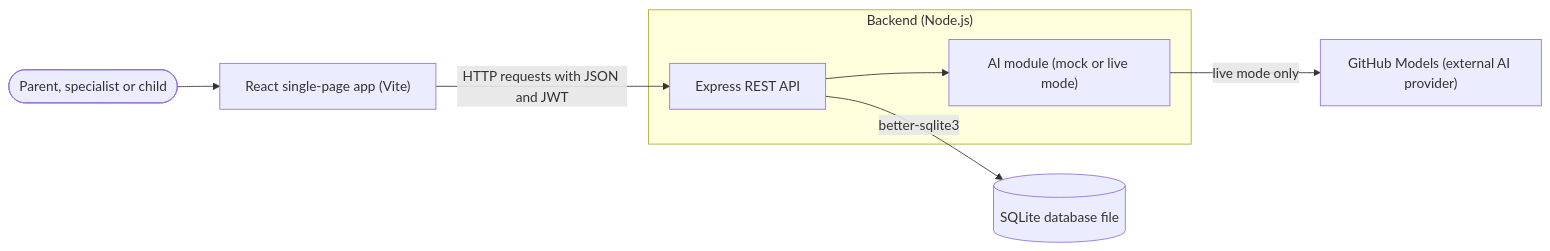
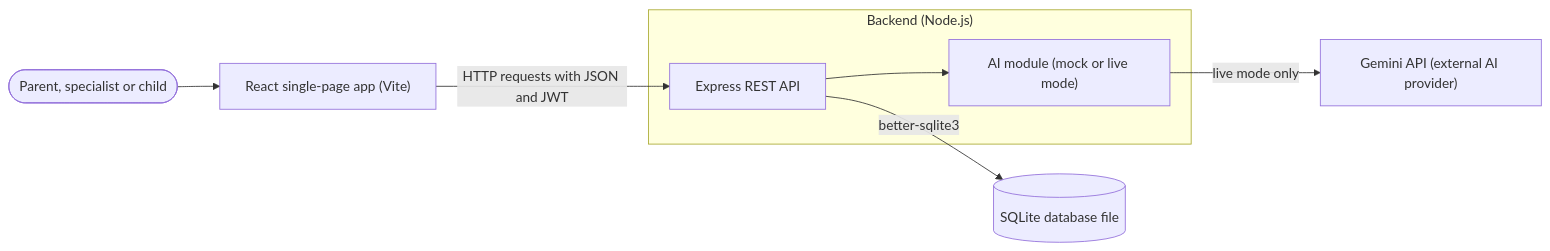
One commit to seng383/seng383-team-project changed the first of 5 diagrams in docs/SDD.md. Above: the diagram before and after it, drawn with Mermaid. The commit also changed other lines of this file, not shown here.

Commit message:
TF383-31 Change the AI provider to the Gemini API in the design document

````diff
--- a/docs/SDD.md
+++ b/docs/SDD.md
@@ -13,12 +13,12 @@
 ```mermaid
 flowchart LR
     subgraph Server["Backend (Node.js)"]
         API["Express REST API"]
         AI["AI module (mock or live mode)"]
     end
     User(["Parent, specialist or child"]) --> SPA["React single-page app (Vite)"]
     SPA -->|"HTTP requests with JSON and JWT"| API
     API --> AI
     API -->|"better-sqlite3"| DB[("SQLite database file")]
-    AI -->|"live mode only"| Provider["GitHub Models (external AI provider)"]
+    AI -->|"live mode only"| Provider["Gemini API (external AI provider)"]
 ```
````
